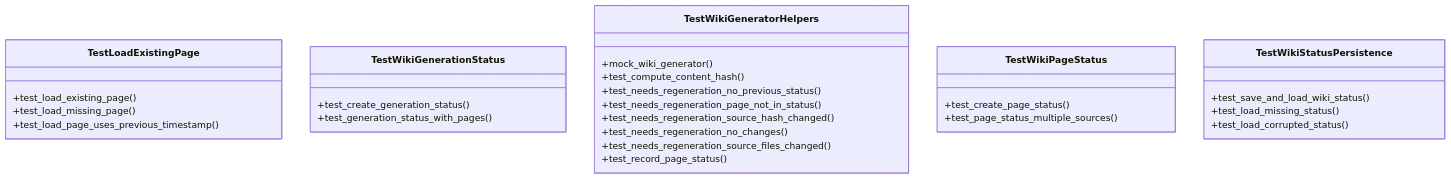
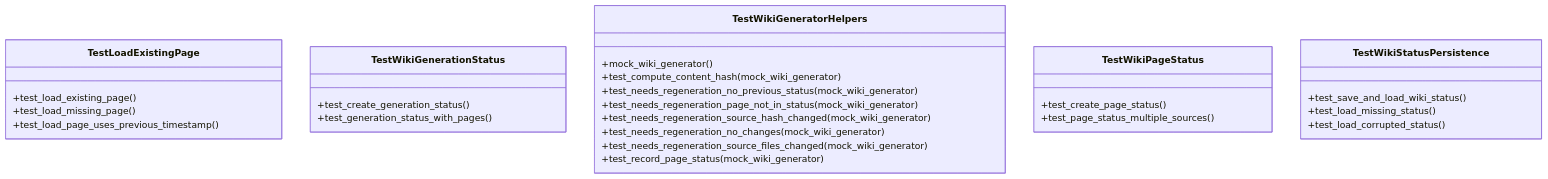
The first of 2 diagrams in .deepwiki/files/tests/test_incremental_wiki.md (UrbanDiver/local-deepwiki-mcp), drawn with Mermaid before and after one commit. The commit also changed other lines of this file and 75 other files, not shown here.

````diff
--- a/.deepwiki/files/tests/test_incremental_wiki.md
+++ b/.deepwiki/files/tests/test_incremental_wiki.md
@@ -392,31 +366,31 @@
 ```mermaid
 classDiagram
     class TestLoadExistingPage {
         +test_load_existing_page()
         +test_load_missing_page()
         +test_load_page_uses_previous_timestamp()
     }
     class TestWikiGenerationStatus {
         +test_create_generation_status()
         +test_generation_status_with_pages()
     }
     class TestWikiGeneratorHelpers {
         +mock_wiki_generator()
-        +test_compute_content_hash()
-        +test_needs_regeneration_no_previous_status()
-        +test_needs_regeneration_page_not_in_status()
-        +test_needs_regeneration_source_hash_changed()
-        +test_needs_regeneration_no_changes()
-        +test_needs_regeneration_source_files_changed()
-        +test_record_page_status()
+        +test_compute_content_hash(mock_wiki_generator)
+        +test_needs_regeneration_no_previous_status(mock_wiki_generator)
+        +test_needs_regeneration_page_not_in_status(mock_wiki_generator)
+        +test_needs_regeneration_source_hash_changed(mock_wiki_generator)
+        +test_needs_regeneration_no_changes(mock_wiki_generator)
+        +test_needs_regeneration_source_files_changed(mock_wiki_generator)
+        +test_record_page_status(mock_wiki_generator)
     }
     class TestWikiPageStatus {
         +test_create_page_status()
         +test_page_status_multiple_sources()
     }
     class TestWikiStatusPersistence {
         +test_save_and_load_wiki_status()
         +test_load_missing_status()
         +test_load_corrupted_status()
     }
 ```
````
